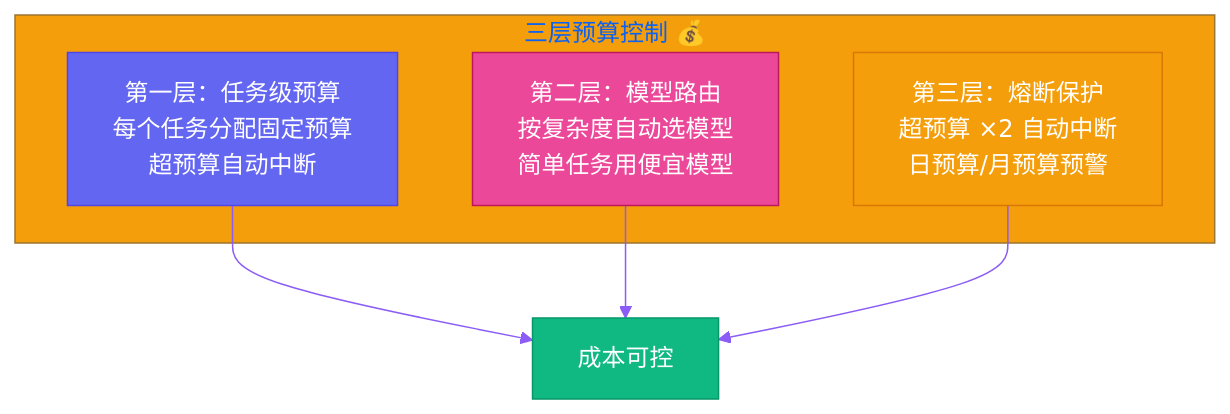
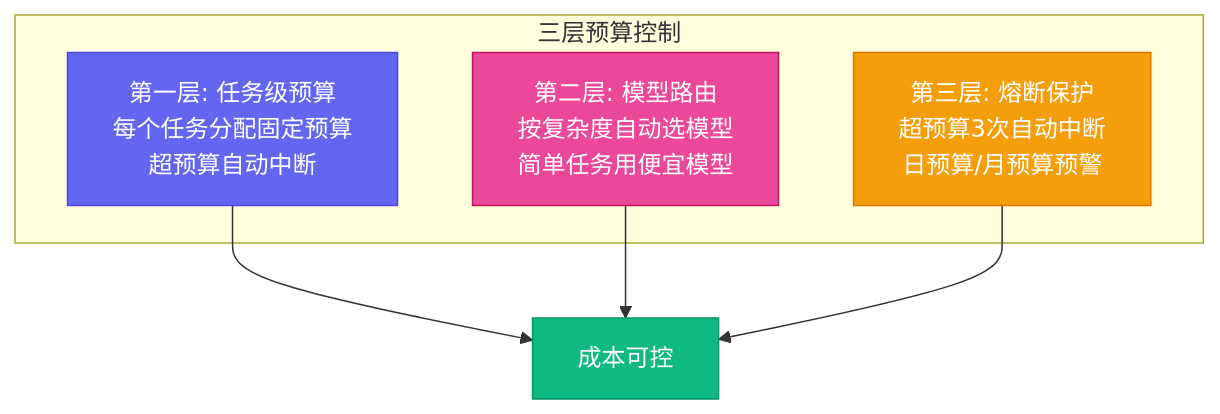
Before and after one commit to VokoForge/ai-prism: the diagram in posts/yason-and-roberts/zh/ch14.md, drawn with Mermaid. The commit also changed 31 other files, not shown here.

First line of the commit message:
✨ Rewrite all articles: hook titles, Mermaid diagrams, engaging style

````diff
--- a/posts/yason-and-roberts/zh/ch14.md
+++ b/posts/yason-and-roberts/zh/ch14.md
@@ -42,18 +42,17 @@
 ```mermaid
-%%{init: {'theme': 'base', 'themeVariables': {'primaryColor': '#6366f1','primaryTextColor': '#fff','primaryBorderColor': '#4f46e5','lineColor': '#8b5cf6','secondaryColor': '#ec4899','tertiaryColor': '#f59e0b'}}}%%
 graph TB
-    subgraph "三层预算控制 💰"
-        L1["第一层：任务级预算<br>每个任务分配固定预算<br>超预算自动中断"]
-        L2["第二层：模型路由<br>按复杂度自动选模型<br>简单任务用便宜模型"]
-        L3["第三层：熔断保护<br>超预算 ×2 自动中断<br>日预算/月预算预警"]
+    subgraph "三层预算控制"
+        L1["第一层: 任务级预算<br>每个任务分配固定预算<br>超预算自动中断"]
+        L2["第二层: 模型路由<br>按复杂度自动选模型<br>简单任务用便宜模型"]
+        L3["第三层: 熔断保护<br>超预算3次自动中断<br>日预算/月预算预警"]
     end
 
     L1 --> R["成本可控"]
     L2 --> R
     L3 --> R
 
     style L1 fill:#6366f1,stroke:#4f46e5,color:#fff
     style L2 fill:#ec4899,stroke:#be185d,color:#fff
     style L3 fill:#f59e0b,stroke:#d97706,color:#fff
     style R fill:#10b981,stroke:#059669,color:#fff
 ```
````
